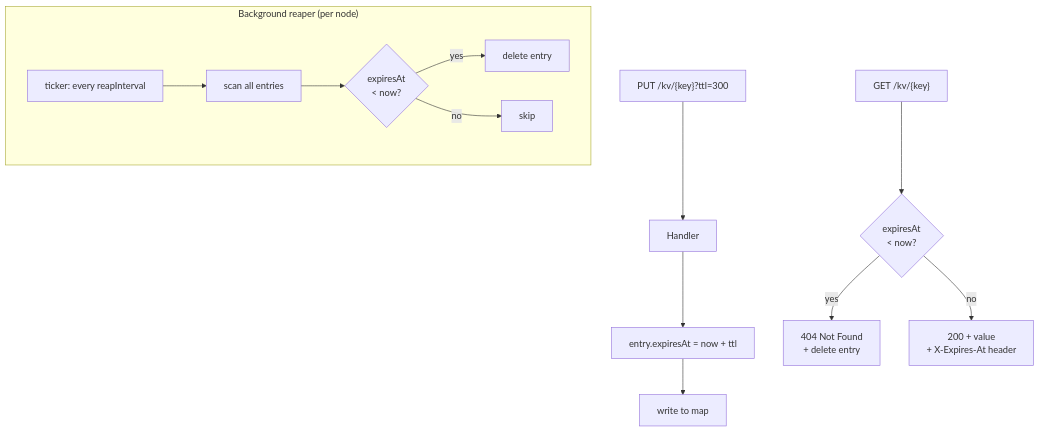
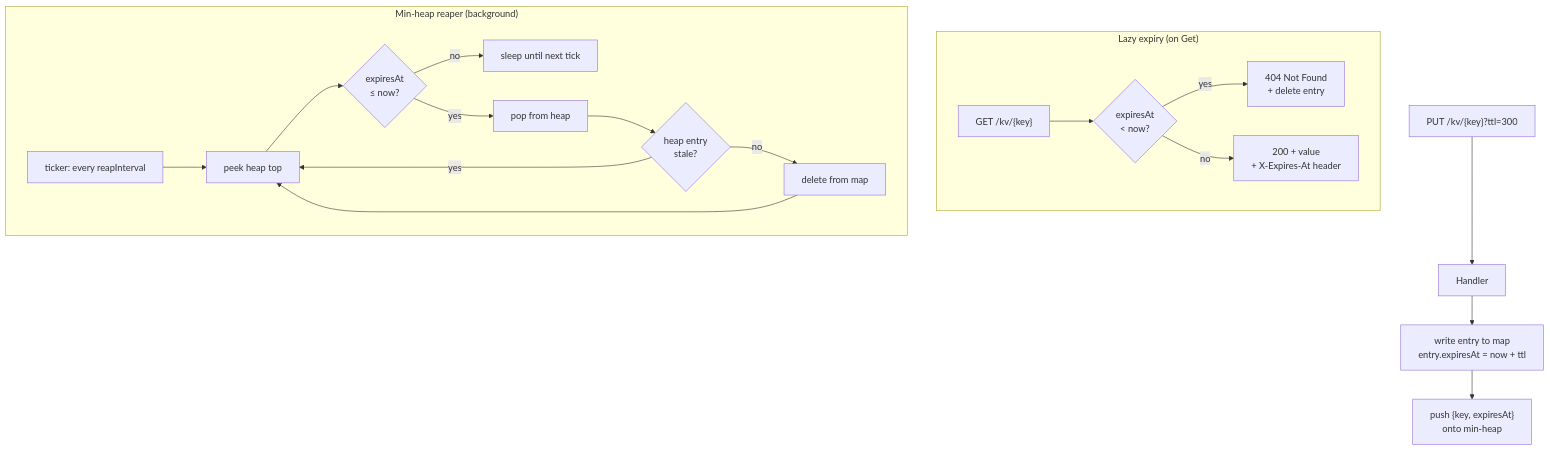
Before and after one commit to ksysoev/mimir: the third of 14 diagrams in ROADMAP.md, drawn with Mermaid. The commit also changed other lines of this file, not shown here.

First line of the commit message:
docs: revise TTL & eviction section based on review feedback

````diff
--- a/ROADMAP.md
+++ b/ROADMAP.md
@@ -91,17 +104,23 @@
 ```mermaid
 flowchart TD
     PUT["PUT /kv/{key}?ttl=300"] --> Handler
-    Handler --> SetExpiry["entry.expiresAt = now + ttl"]
-    SetExpiry --> Store["write to map"]
+    Handler --> WriteEntry["write entry to map<br/>entry.expiresAt = now + ttl"]
+    WriteEntry --> HeapPush["push {key, expiresAt}<br/>onto min-heap"]
 
-    subgraph "Background reaper (per node)"
-        Ticker["ticker: every reapInterval"] --> Scan["scan all entries"]
-        Scan --> Expired{"expiresAt<br/>< now?"}
-        Expired -- yes --> Evict["delete entry"]
-        Expired -- no  --> Skip["skip"]
+    subgraph "Lazy expiry (on Get)"
+        GET["GET /kv/{key}"] --> LazyCheck{"expiresAt<br/>< now?"}
+        LazyCheck -- yes --> Return404["404 Not Found<br/>+ delete entry"]
+        LazyCheck -- no  --> ReturnValue["200 + value<br/>+ X-Expires-At header"]
     end
 
-    GET["GET /kv/{key}"] --> LazyCheck{"expiresAt<br/>< now?"}
-    LazyCheck -- yes --> Return404["404 Not Found<br/>+ delete entry"]
-    LazyCheck -- no  --> ReturnValue["200 + value<br/>+ X-Expires-At header"]
+    subgraph "Min-heap reaper (background)"
+        Ticker["ticker: every reapInterval"] --> Peek["peek heap top"]
+        Peek --> Due{"expiresAt<br/>≤ now?"}
+        Due -- no  --> Wait["sleep until next tick"]
+        Due -- yes --> Pop["pop from heap"]
+        Pop --> Stale{"heap entry<br/>stale?"}
+        Stale -- yes --> Peek
+        Stale -- no  --> Delete["delete from map"]
+        Delete --> Peek
+    end
 ```
````
